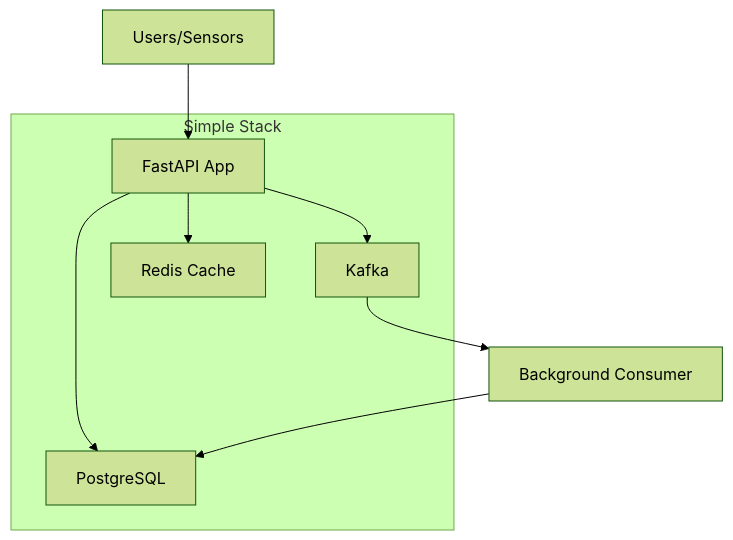
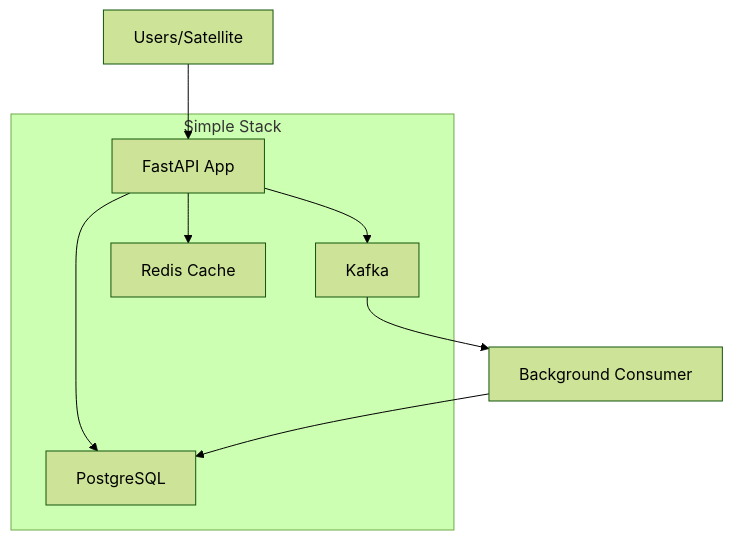
Before and after one commit to asayenju/landslide_and_flood_warning_system: the diagram in architecture/SIMPLE_SCALABLE_API.md, drawn with Mermaid (forest theme). The commit also changed other lines of this file and 3 other files, not shown here.

Commit message:
Made changes to the architecture and plan since no good dataset for sensor found. Now switching to imagery

````diff
--- a/architecture/SIMPLE_SCALABLE_API.md
+++ b/architecture/SIMPLE_SCALABLE_API.md
@@ -9,16 +9,16 @@
 ```mermaid
 graph TB
     subgraph "Simple Stack"
         API[FastAPI App]
         KAFKA[Kafka]
         DB[PostgreSQL]
         REDIS[Redis Cache]
     end
     
-    USERS[Users/Sensors] --> API
+    USERS[Users/Satellite] --> API
     API --> KAFKA
     API --> REDIS
     API --> DB
     KAFKA --> CONSUMER[Background Consumer]
     CONSUMER --> DB
 ```
````
